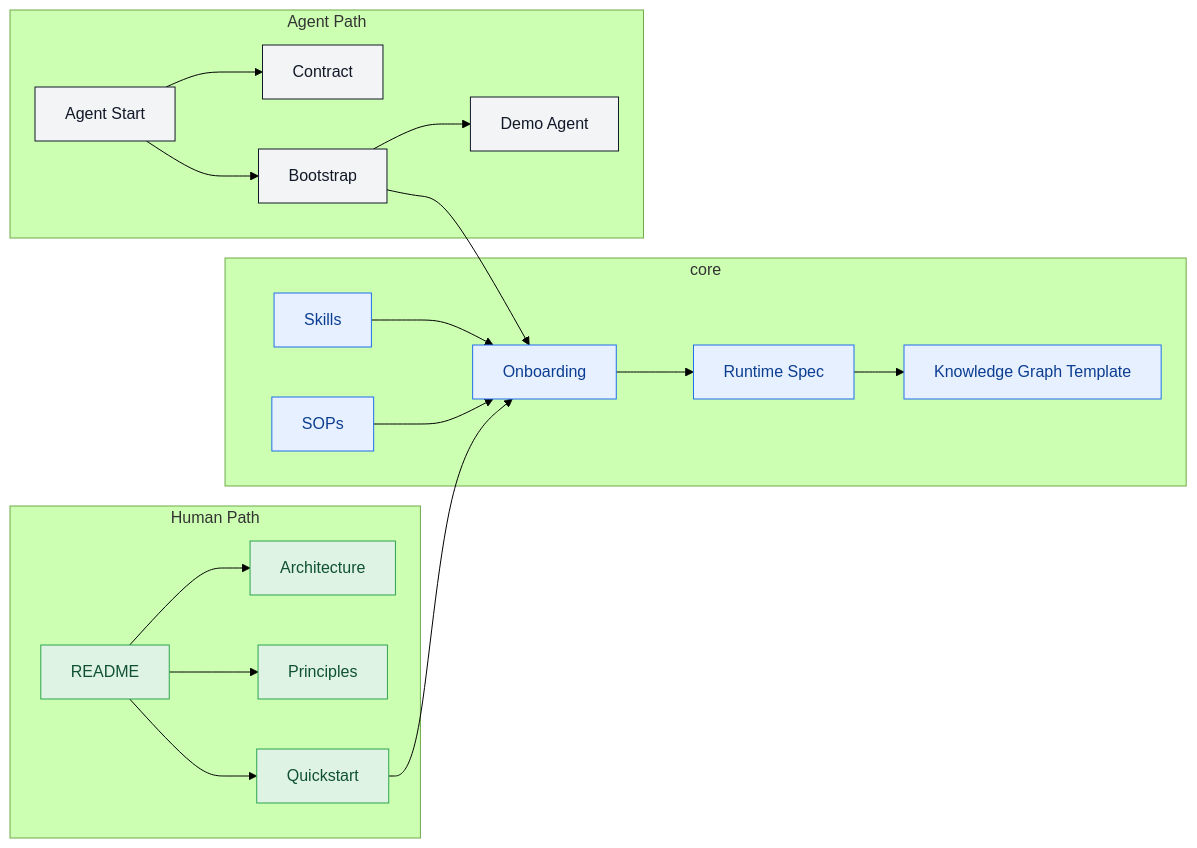
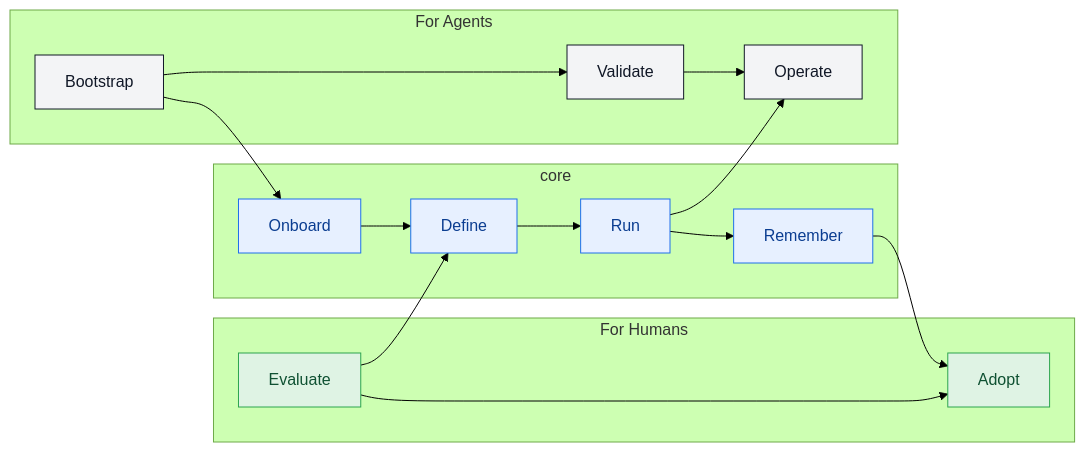
Before and after one commit to zinan92/agent-core: the first of 3 diagrams in README.md, drawn with Mermaid (forest theme). The commit also changed other lines of this file, not shown here.

Commit message:
docs: simplify README overview diagram

````diff
--- a/README.md
+++ b/README.md
@@ -41,45 +41,36 @@
 ```mermaid
 flowchart LR
-    subgraph H[Human Path]
-        H1[README]
-        H2[Architecture]
-        H3[Principles]
-        H4[Quickstart]
+    subgraph H[For Humans]
+        H1[Evaluate]
+        H2[Adopt]
         H1 --> H2
-        H1 --> H3
-        H1 --> H4
     end
 
     subgraph C[core]
-        C1[Onboarding]
-        C2[Skills]
-        C3[SOPs]
-        C4[Runtime Spec]
-        C5[Knowledge Graph Template]
-        C1 --> C4
-        C2 --> C1
-        C3 --> C1
-        C4 --> C5
+        C1[Onboard]
+        C2[Define]
+        C3[Run]
+        C4[Remember]
+        C1 --> C2 --> C3 --> C4
     end
 
-    subgraph A[Agent Path]
-        A1[Agent Start]
-        A2[Contract]
-        A3[Bootstrap]
-        A4[Demo Agent]
-        A1 --> A2
-        A1 --> A3
-        A3 --> A4
+    subgraph A[For Agents]
+        A1[Bootstrap]
+        A2[Validate]
+        A3[Operate]
+        A1 --> A2 --> A3
     end
 
-    H4 --> C1
-    A3 --> C1
+    H1 --> C2
+    A1 --> C1
+    C4 --> H2
+    C3 --> A3
 
     classDef human fill:#dff3e4,stroke:#2da44e,color:#0f5132
     classDef core fill:#e7f0ff,stroke:#1f6feb,color:#0b3d91
     classDef agent fill:#f3f4f6,stroke:#111827,color:#111827
 
-    class H1,H2,H3,H4 human
-    class C1,C2,C3,C4,C5 core
-    class A1,A2,A3,A4 agent
+    class H1,H2 human
+    class C1,C2,C3,C4 core
+    class A1,A2,A3 agent
 ```
````
